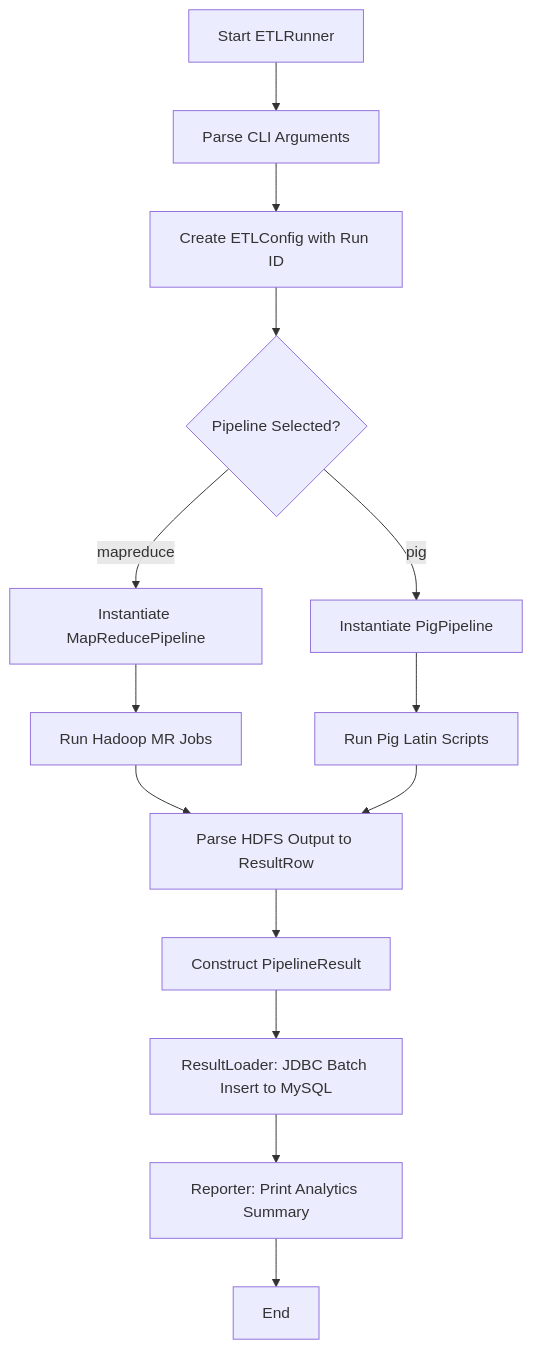
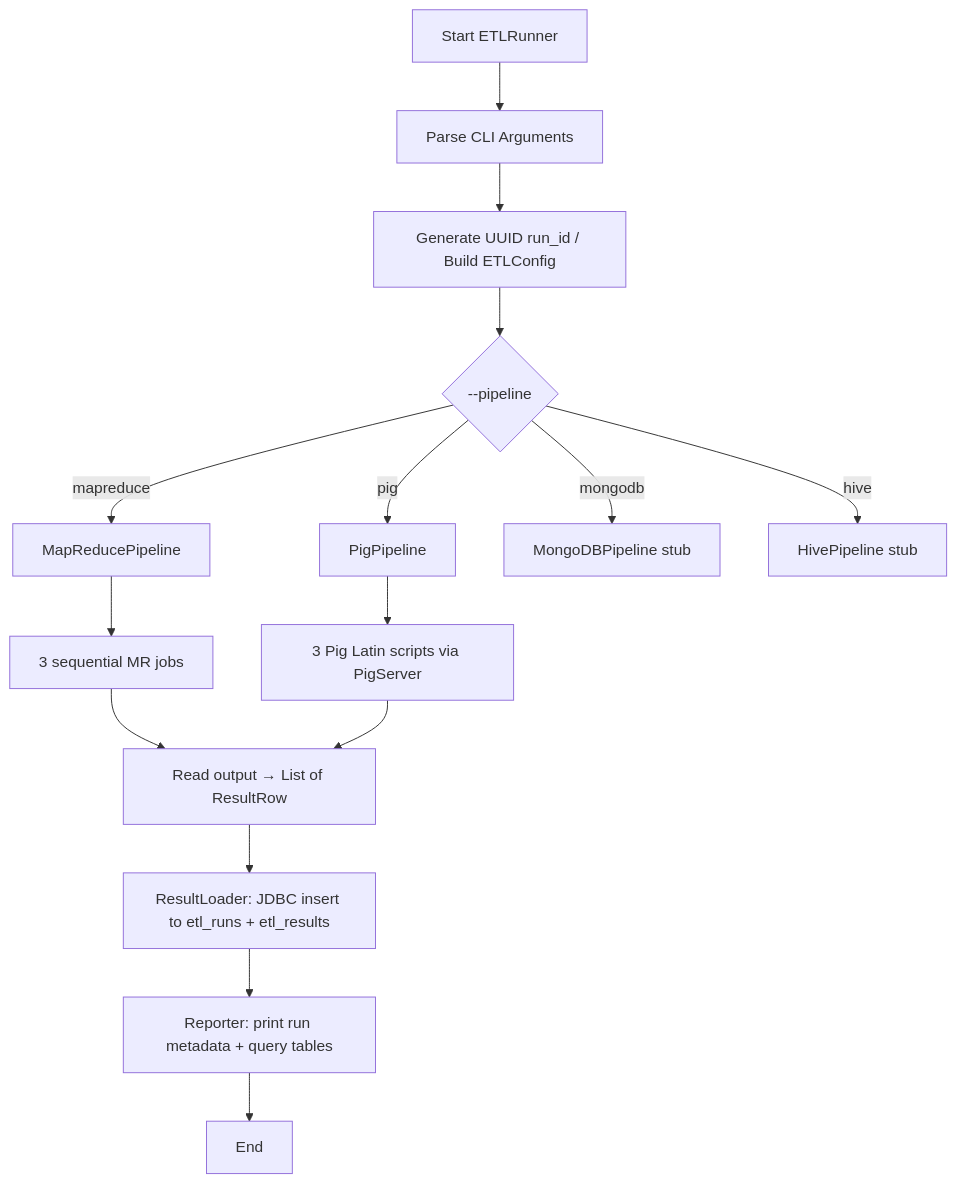
One commit to Rohitangshu2026/NoSQL changed the second of 3 diagrams in Project/etl-framework/README.md. Above: the diagram before and after it, drawn with Mermaid. The commit also changed other lines of this file, not shown here.

````diff
--- a/Project/etl-framework/README.md
+++ b/Project/etl-framework/README.md
@@ -62,20 +90,21 @@
 ```mermaid
 flowchart TD
     A[Start ETLRunner] --> B[Parse CLI Arguments]
-    B --> C[Create ETLConfig with Run ID]
-    C --> D{Pipeline Selected?}
-    
-    D -- "mapreduce" --> E[Instantiate MapReducePipeline]
-    D -- "pig" --> F[Instantiate PigPipeline]
-    
-    E --> G[Run Hadoop MR Jobs]
-    F --> H[Run Pig Latin Scripts]
-    
-    G --> I[Parse HDFS Output to ResultRow]
-    H --> I
-    
-    I --> J[Construct PipelineResult]
-    J --> K[ResultLoader: JDBC Batch Insert to MySQL]
-    K --> L[Reporter: Print Analytics Summary]
-    L --> M[End]
+    B --> C[Generate UUID run_id / Build ETLConfig]
+    C --> D{--pipeline}
+
+    D -- mapreduce --> E[MapReducePipeline]
+    D -- pig --> F[PigPipeline]
+    D -- mongodb --> G[MongoDBPipeline stub]
+    D -- hive --> H[HivePipeline stub]
+
+    E --> I[3 sequential MR jobs]
+    F --> J[3 Pig Latin scripts via PigServer]
+
+    I --> K[Read output → List of ResultRow]
+    J --> K
+
+    K --> L[ResultLoader: JDBC insert to etl_runs + etl_results]
+    L --> M[Reporter: print run metadata + query tables]
+    M --> N[End]
 ```
````
